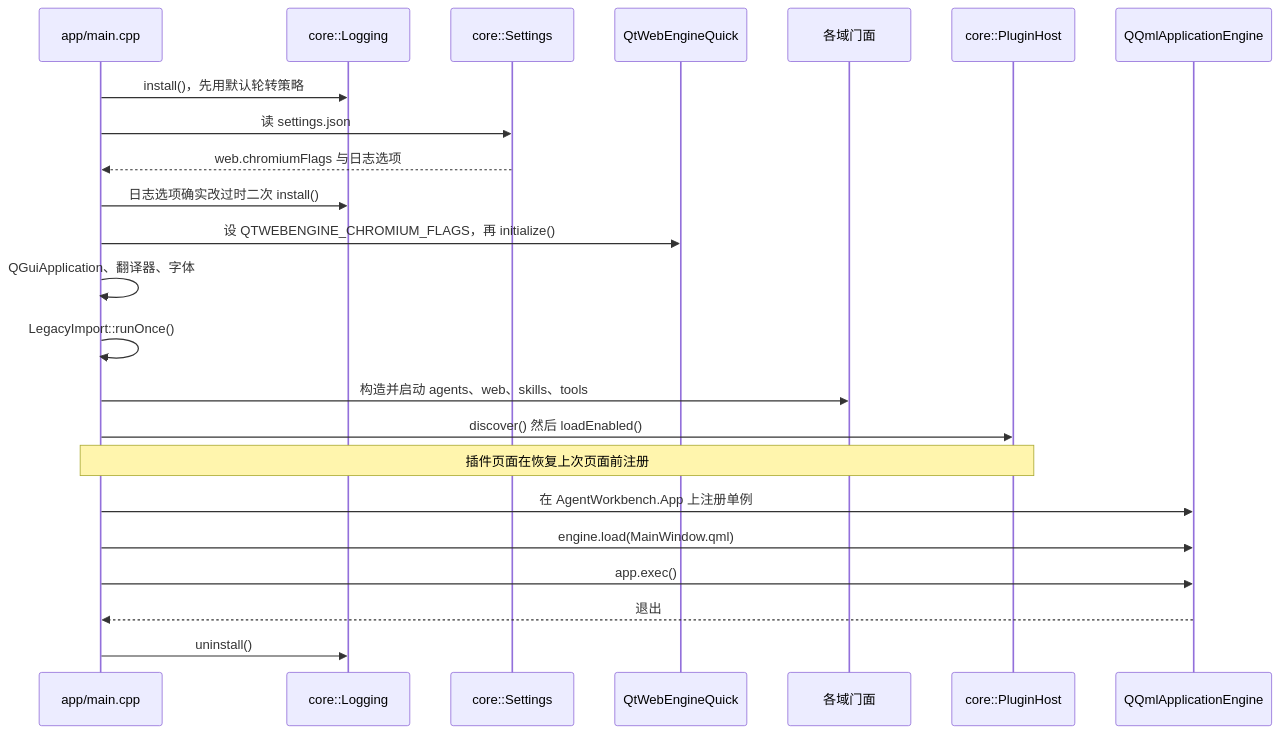
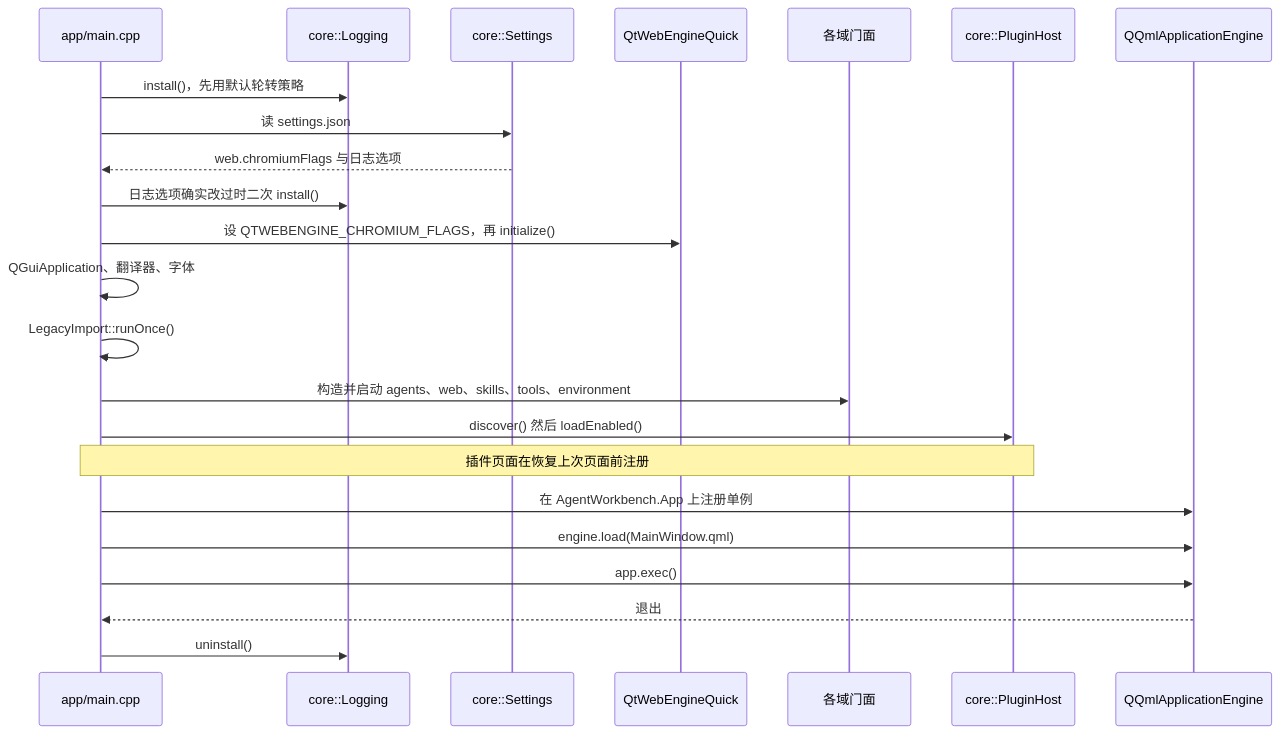
One commit to czyt1988/AgentWorkbench changed the diagram in docs/zh/architecture/数据与状态.md. Above: the diagram before and after it, drawn with Mermaid. The commit also changed other lines of this file and 16 other files, not shown here.

````diff
--- a/docs/zh/architecture/数据与状态.md
+++ b/docs/zh/architecture/数据与状态.md
@@ -85,26 +86,26 @@
 ```mermaid
 sequenceDiagram
     participant main as app/main.cpp
     participant log as core::Logging
     participant set as core::Settings
     participant wb as QtWebEngineQuick
     participant dom as 各域门面
     participant plug as core::PluginHost
     participant qml as QQmlApplicationEngine
 
     main->>log: install()，先用默认轮转策略
     main->>set: 读 settings.json
     set-->>main: web.chromiumFlags 与日志选项
     main->>log: 日志选项确实改过时二次 install()
     main->>wb: 设 QTWEBENGINE_CHROMIUM_FLAGS，再 initialize()
     main->>main: QGuiApplication、翻译器、字体
     main->>main: LegacyImport::runOnce()
-    main->>dom: 构造并启动 agents、web、skills、tools
+    main->>dom: 构造并启动 agents、web、skills、tools、environment
     main->>plug: discover() 然后 loadEnabled()
     note over main,plug: 插件页面在恢复上次页面前注册
     main->>qml: 在 AgentWorkbench.App 上注册单例
     main->>qml: engine.load(MainWindow.qml)
     main->>qml: app.exec()
     qml-->>main: 退出
     main->>log: uninstall()
 ```
````
